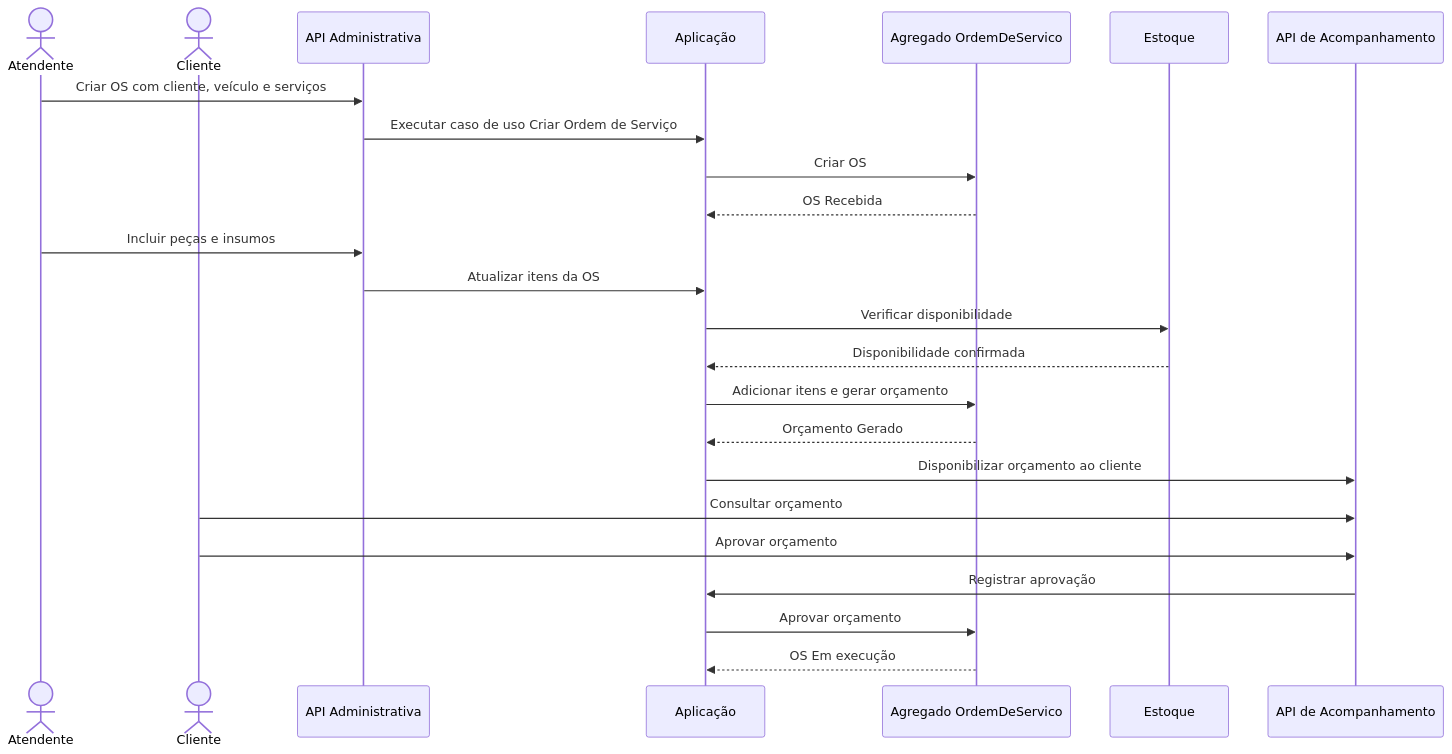
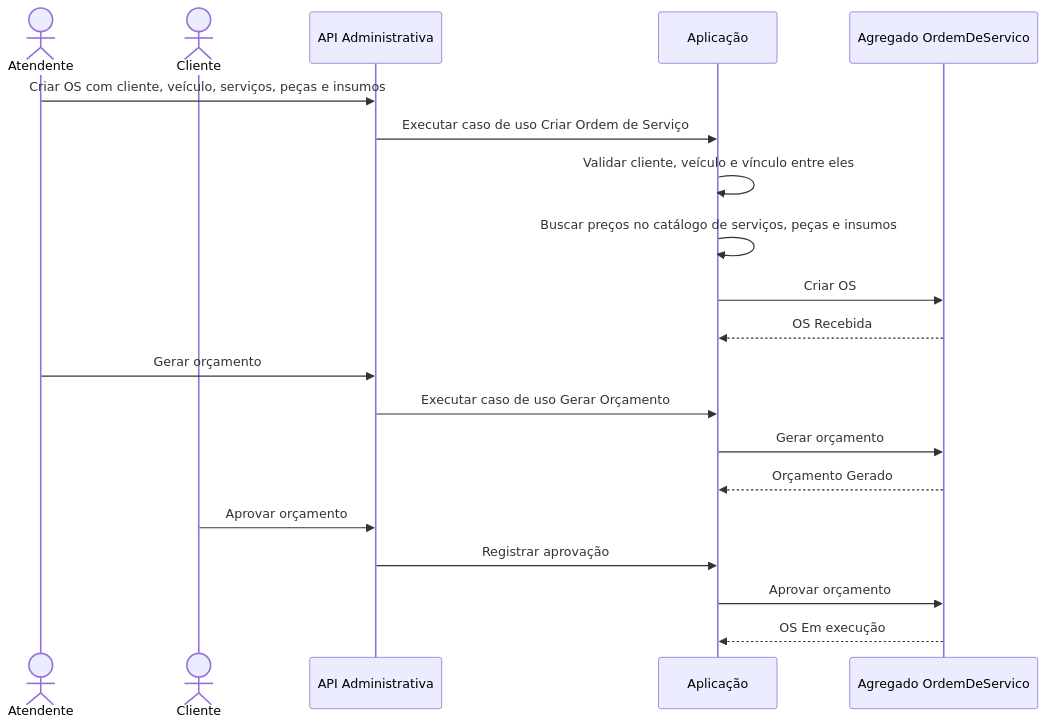
The sixth of 7 diagrams in docs/diagramas-ddd.md (rafaaamaral/tech_challenge), drawn with Mermaid before and after one commit. The commit also changed other lines of this file and 1 other file, not shown here.

````diff
--- a/docs/diagramas-ddd.md
+++ b/docs/diagramas-ddd.md
@@ -276,29 +290,25 @@
 ```mermaid
 sequenceDiagram
     actor Atendente
     actor Cliente
     participant API as API Administrativa
     participant App as Aplicação
     participant OS as Agregado OrdemDeServico
-    participant Estoque as Estoque
-    participant Notificacao as API de Acompanhamento
 
-    Atendente->>API: Criar OS com cliente, veículo e serviços
+    Atendente->>API: Criar OS com cliente, veículo, serviços, peças e insumos
     API->>App: Executar caso de uso Criar Ordem de Serviço
+    App->>App: Validar cliente, veículo e vínculo entre eles
+    App->>App: Buscar preços no catálogo de serviços, peças e insumos
     App->>OS: Criar OS
     OS-->>App: OS Recebida
 
-    Atendente->>API: Incluir peças e insumos
-    API->>App: Atualizar itens da OS
-    App->>Estoque: Verificar disponibilidade
-    Estoque-->>App: Disponibilidade confirmada
-    App->>OS: Adicionar itens e gerar orçamento
+    Atendente->>API: Gerar orçamento
+    API->>App: Executar caso de uso Gerar Orçamento
+    App->>OS: Gerar orçamento
     OS-->>App: Orçamento Gerado
 
-    App->>Notificacao: Disponibilizar orçamento ao cliente
-    Cliente->>Notificacao: Consultar orçamento
-    Cliente->>Notificacao: Aprovar orçamento
-    Notificacao->>App: Registrar aprovação
+    Cliente->>API: Aprovar orçamento
+    API->>App: Registrar aprovação
     App->>OS: Aprovar orçamento
     OS-->>App: OS Em execução
 ```
````
